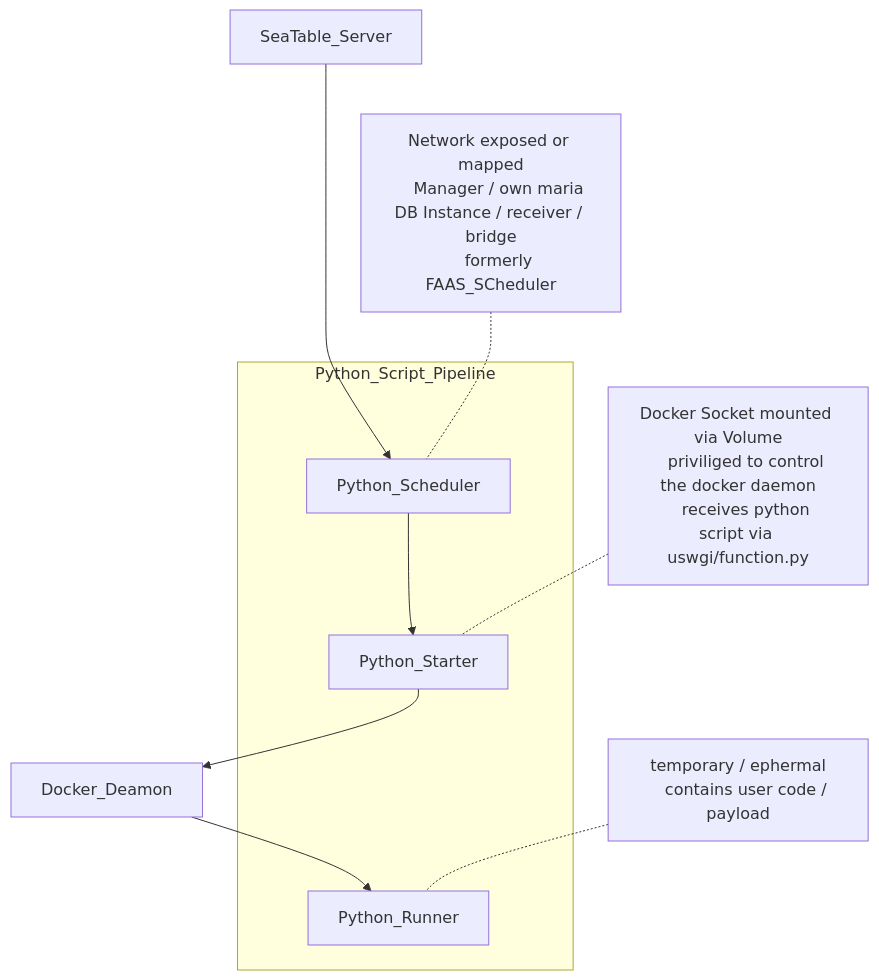
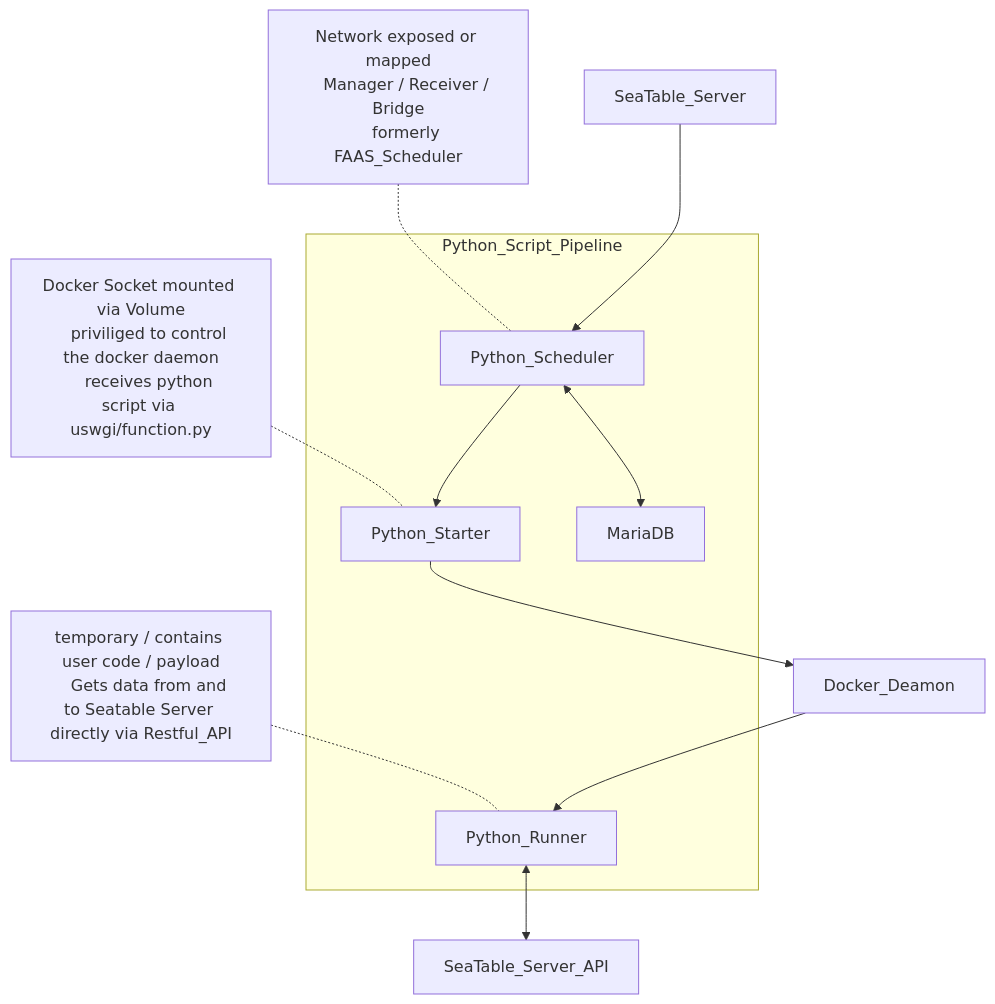
The diagram in README.md (seatable/python-pipeline), drawn with Mermaid before and after one commit. The commit also changed other lines of this file and 35 other files, not shown here.

````diff
--- a/README.md
+++ b/README.md
@@ -9,23 +28,25 @@
 ```mermaid
 flowchart
     subgraph Python_Script_Pipeline
         Python_Scheduler --> Python_Starter
+        Python_Scheduler <--> MariaDB
         Python_Runner
     end
 
     Docker_Deamon
-    SeaTable_Server ---> Python_Scheduler
+    SeaTable_Server --> Python_Scheduler
     Python_Starter --> Docker_Deamon
     Docker_Deamon --> Python_Runner
+    Python_Runner <--> SeaTable_Server_API
 
     note1["Docker Socket mounted via Volume
     priviliged to control the docker daemon
     receives python script via uswgi/function.py"] -.- Python_Starter
 
     note2["Network exposed or mapped
-    Manager / own maria DB Instance / receiver / bridge
-    formerly FAAS_SCheduler"] -.- Python_Scheduler
+    Manager / Receiver / Bridge
+    formerly FAAS_Scheduler"] -.- Python_Scheduler
 
-    note3["temporary / ephermal
-    contains user code / payload"] -.- Python_Runner
+    note3["temporary / contains user code / payload
+    Gets data from and to Seatable Server directly via Restful_API"] -.- Python_Runner
 ```
````
